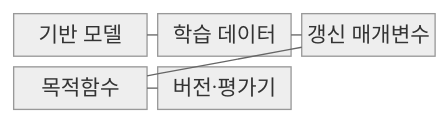
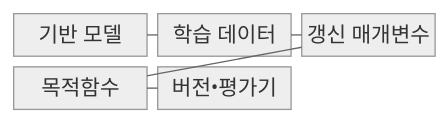
Before and after one commit to agnusdei1207/knowledge-base: the first of 2 diagrams in src/content/docs/notes/08-latest-tech/059_fine_tuning.md, drawn with Mermaid (neutral theme). The commit also changed other lines of this file and 953 other files, not shown here.

````diff
--- a/src/content/docs/notes/08-latest-tech/059_fine_tuning.md
+++ b/src/content/docs/notes/08-latest-tech/059_fine_tuning.md
@@ -67,13 +67,13 @@
 ```mermaid
 block-beta
   columns 3
   base["기반 모델"]
   data["학습 데이터"]
   parameter["갱신 매개변수"]
   objective["목적함수"]
-  version["버전·평가기"]
+  version["버전•평가기"]
   base --- data
   data --- parameter
   parameter --- objective
   objective --- version
 ```
````
